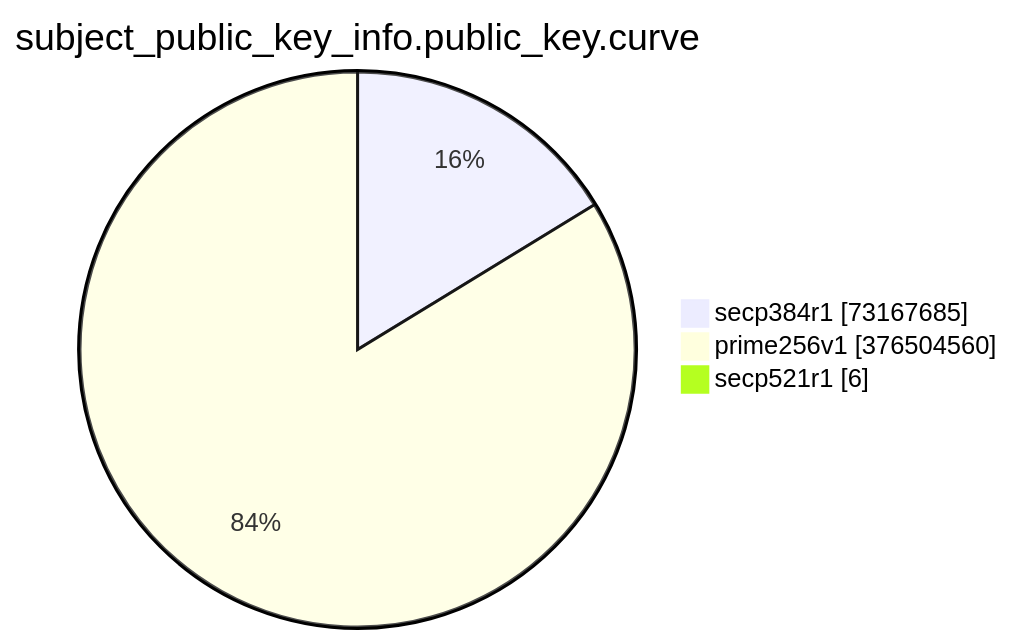
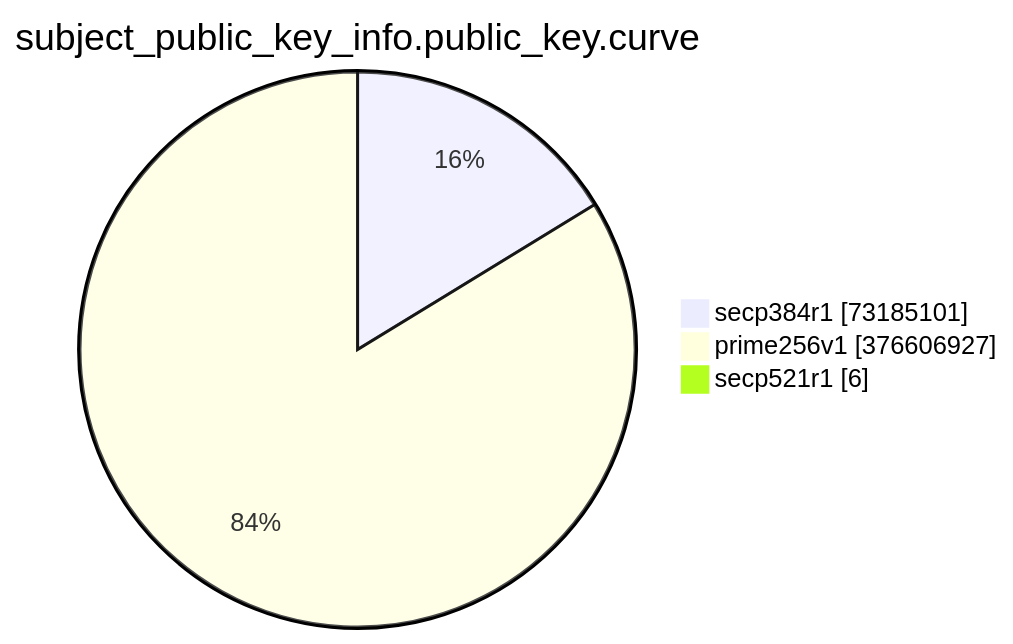
One commit to christiankrug/ctmonitor_visualization changed the eighth of 15 diagrams in TOTAL/README.md. Above: the diagram before and after it, drawn with Mermaid. The commit also changed other lines of this file, not shown here.

````diff
--- a/TOTAL/README.md
+++ b/TOTAL/README.md
@@ -3094,7 +3094,7 @@
 ```mermaid
 pie showData
 title subject_public_key_info.public_key.curve
-"secp384r1" :73167685
-"prime256v1" :376504560
+"secp384r1" :73185101
+"prime256v1" :376606927
 "secp521r1" :6
 ```
````
